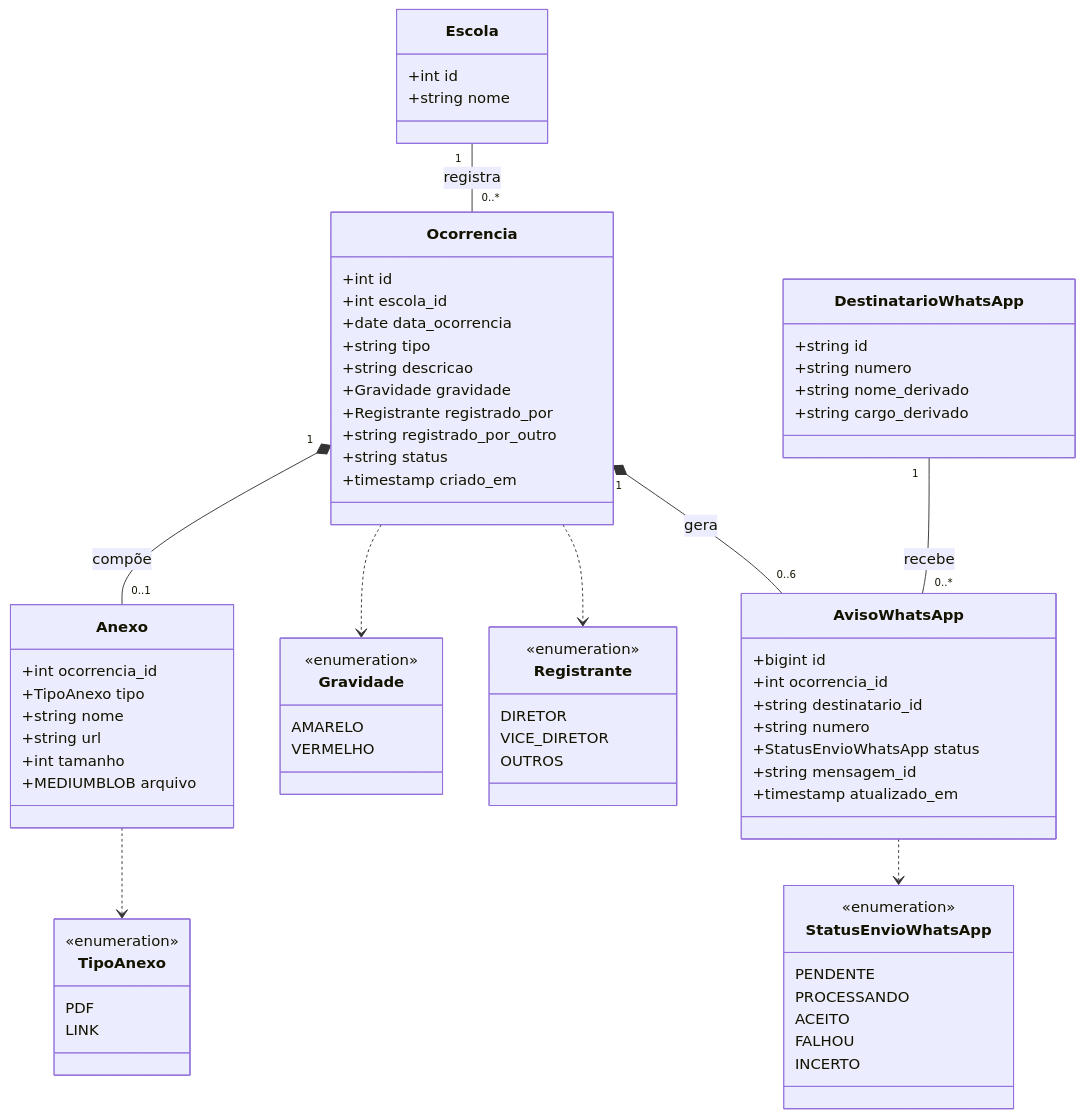
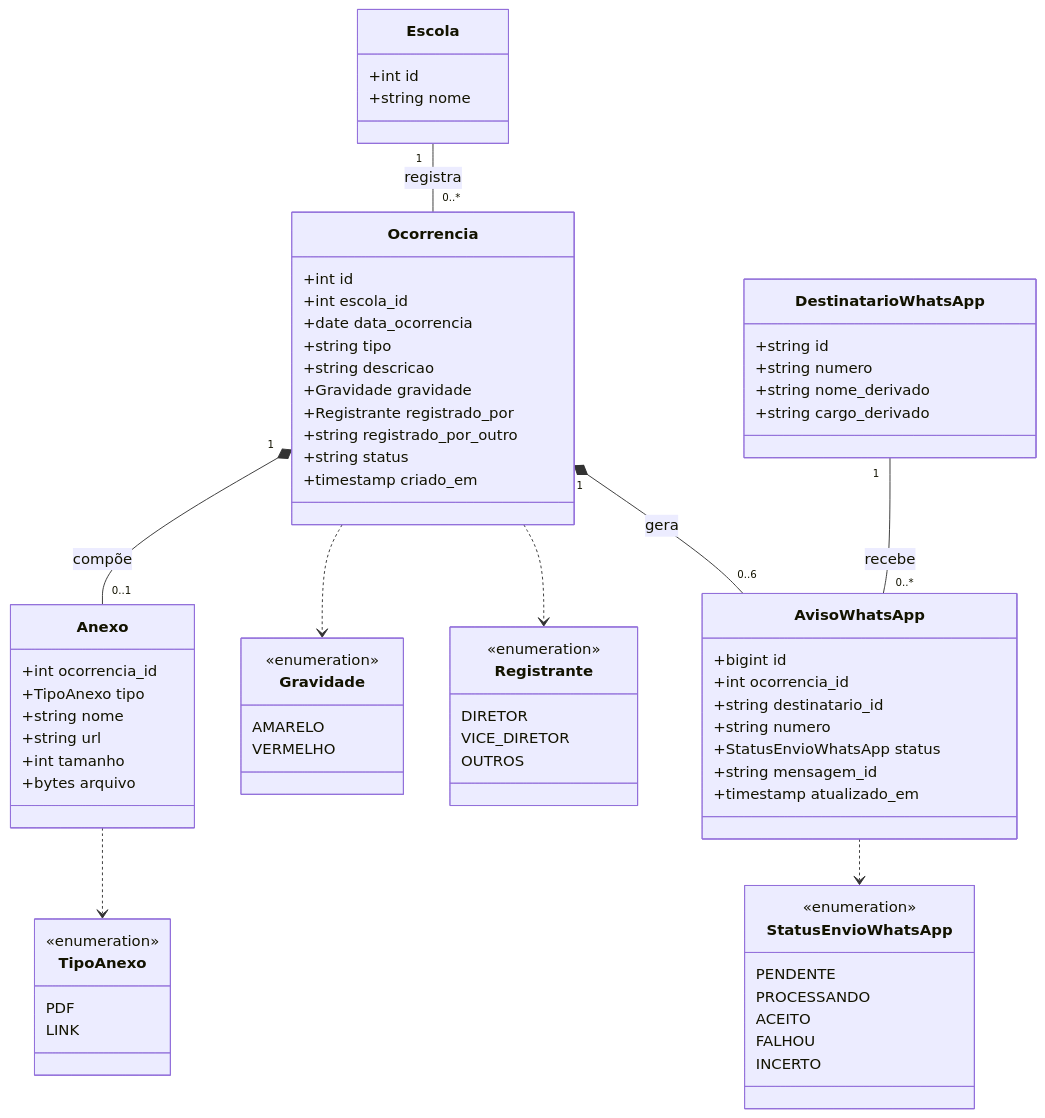
Before and after one commit to Rafael1313html/escola-notifica-o: the first of 4 diagrams in docs/arquitetura.md, drawn with Mermaid. The commit also changed other lines of this file and 38 other files, not shown here.

Commit message:
Publish Cloudflare D1 backend with protected admin access and client UML

````diff
--- a/docs/arquitetura.md
+++ b/docs/arquitetura.md
@@ -15,74 +17,74 @@
 ```mermaid
 classDiagram
     Escola "1" -- "0..*" Ocorrencia : registra
     Ocorrencia "1" *-- "0..1" Anexo : compõe
     Ocorrencia ..> Gravidade
     Ocorrencia ..> Registrante
     Anexo ..> TipoAnexo
     Ocorrencia "1" *-- "0..6" AvisoWhatsApp : gera
     DestinatarioWhatsApp "1" -- "0..*" AvisoWhatsApp : recebe
     AvisoWhatsApp ..> StatusEnvioWhatsApp
     class DestinatarioWhatsApp {
         +string id
         +string numero
         +string nome_derivado
         +string cargo_derivado
     }
     class AvisoWhatsApp {
         +bigint id
         +int ocorrencia_id
         +string destinatario_id
         +string numero
         +StatusEnvioWhatsApp status
         +string mensagem_id
         +timestamp atualizado_em
     }
     class StatusEnvioWhatsApp {
         <<enumeration>>
         PENDENTE
         PROCESSANDO
         ACEITO
         FALHOU
         INCERTO
     }
     class Escola {
         +int id
         +string nome
     }
     class Ocorrencia {
         +int id
         +int escola_id
         +date data_ocorrencia
         +string tipo
         +string descricao
         +Gravidade gravidade
         +Registrante registrado_por
         +string registrado_por_outro
         +string status
         +timestamp criado_em
     }
     class Anexo {
         +int ocorrencia_id
         +TipoAnexo tipo
         +string nome
         +string url
         +int tamanho
-        +MEDIUMBLOB arquivo
+        +bytes arquivo
     }
     class Gravidade {
         <<enumeration>>
         AMARELO
         VERMELHO
     }
     class Registrante {
         <<enumeration>>
         DIRETOR
         VICE_DIRETOR
         OUTROS
     }
     class TipoAnexo {
         <<enumeration>>
         PDF
         LINK
     }
 ```
````
